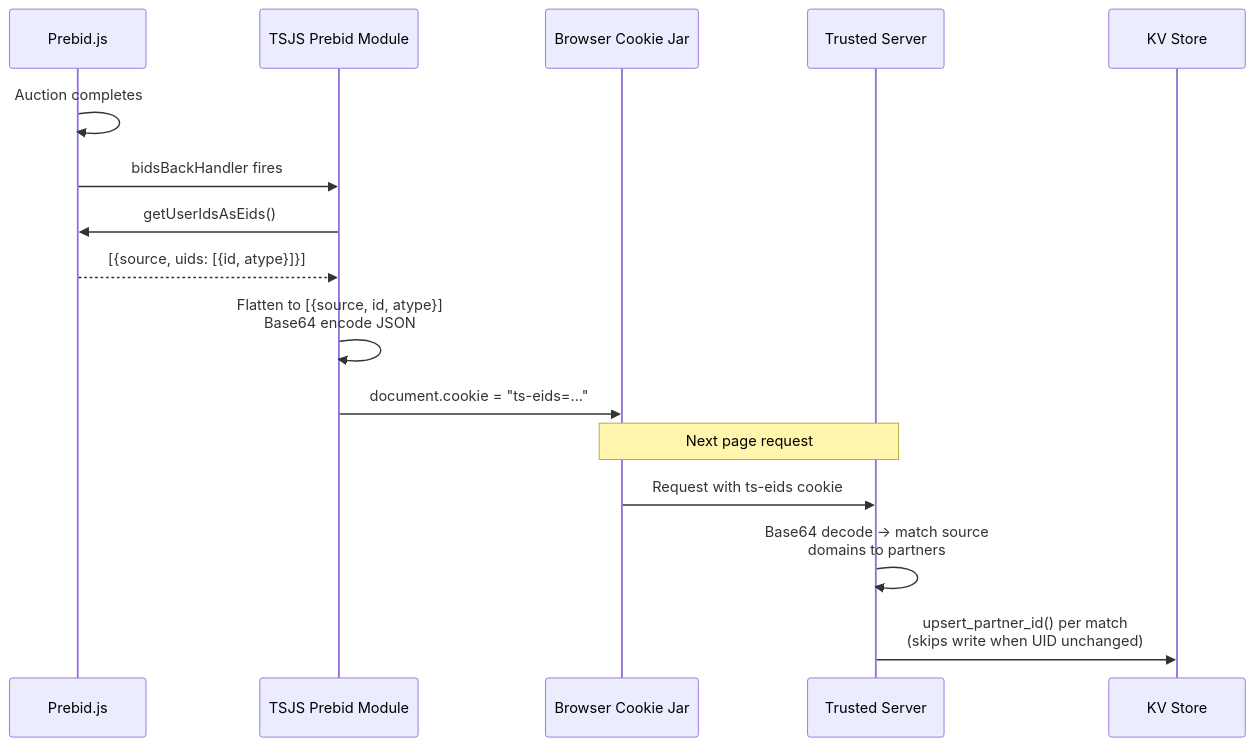
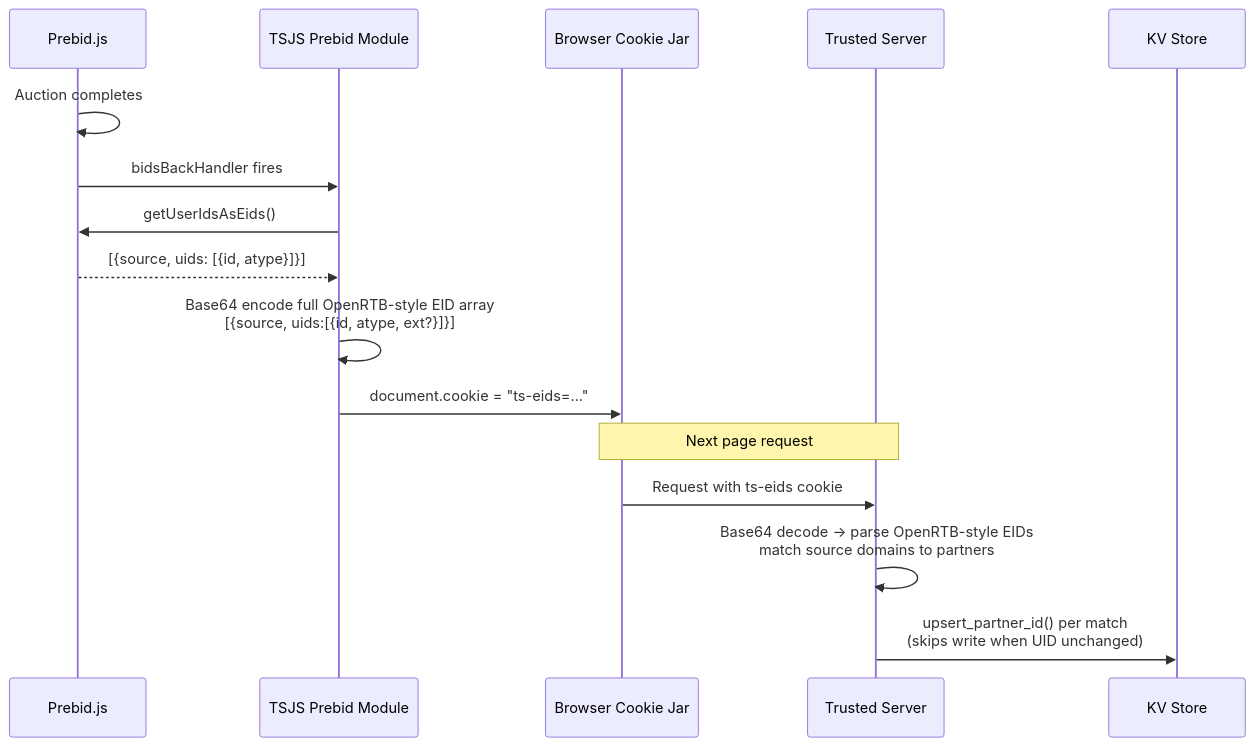
The fifth of 5 diagrams in docs/guide/edge-cookies.md (IABTechLab/trusted-server), drawn with Mermaid before and after one commit. The commit also changed other lines of this file and 1 other file, not shown here.

Commit message:
Align EC docs with explicit withdrawal and structured EIDs

````diff
--- a/docs/guide/edge-cookies.md
+++ b/docs/guide/edge-cookies.md
@@ -129,20 +133,20 @@
 ```mermaid
 sequenceDiagram
     participant Prebid as Prebid.js
     participant TSJS as TSJS Prebid Module
     participant B as Browser Cookie Jar
     participant TS as Trusted Server
     participant KV as KV Store
 
     Prebid->>Prebid: Auction completes
     Prebid->>TSJS: bidsBackHandler fires
     TSJS->>Prebid: getUserIdsAsEids()
     Prebid-->>TSJS: [{source, uids: [{id, atype}]}]
-    TSJS->>TSJS: Flatten to [{source, id, atype}]<br/>Base64 encode JSON
+    TSJS->>TSJS: Base64 encode full OpenRTB-style EID array<br/>[{source, uids:[{id, atype, ext?}]}]
     TSJS->>B: document.cookie = "ts-eids=..."
 
     Note over B,TS: Next page request
     B->>TS: Request with ts-eids cookie
-    TS->>TS: Base64 decode → match source<br/>domains to partners
+    TS->>TS: Base64 decode → parse OpenRTB-style EIDs<br/>match source domains to partners
     TS->>KV: upsert_partner_id() per match<br/>(skips write when UID unchanged)
 ```
````
